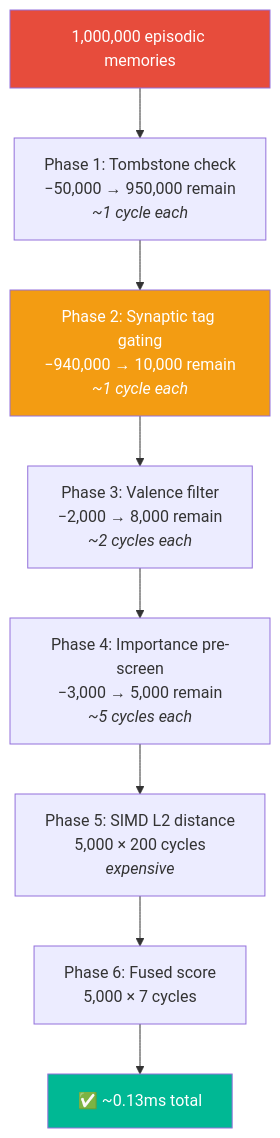
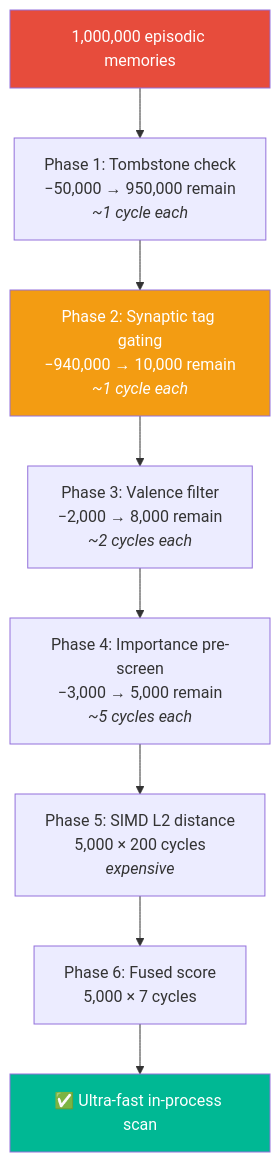
Before and after one commit to spectrayan/spector: the eighth of 10 diagrams in docs/docs/memory/scoring-pipeline.md, drawn with Mermaid. The commit also changed other lines of this file and 13 other files, not shown here.

First line of the commit message:
docs(performance): replace hardcoded 0.13ms metrics with qualitative ultra-fast descriptors

````diff
--- a/docs/docs/memory/scoring-pipeline.md
+++ b/docs/docs/memory/scoring-pipeline.md
@@ -283,14 +283,14 @@
 ```mermaid
 graph TD
     A["1,000,000 episodic memories"] --> B["Phase 1: Tombstone check<br/>−50,000 → 950,000 remain<br/><i>~1 cycle each</i>"]
     B --> C["Phase 2: Synaptic tag gating<br/>−940,000 → 10,000 remain<br/><i>~1 cycle each</i>"]
     C --> D["Phase 3: Valence filter<br/>−2,000 → 8,000 remain<br/><i>~2 cycles each</i>"]
     D --> E["Phase 4: Importance pre-screen<br/>−3,000 → 5,000 remain<br/><i>~5 cycles each</i>"]
     E --> F["Phase 5: SIMD L2 distance<br/>5,000 × 200 cycles<br/><i>expensive</i>"]
     F --> G["Phase 6: Fused score<br/>5,000 × 7 cycles"]
-    G --> H["✅ ~0.13ms total"]
+    G --> H["✅ Ultra-fast in-process scan"]
 
     style A fill:#e74c3c,color:white
     style C fill:#f39c12,color:white
     style H fill:#00b894,color:white
 ```
````
